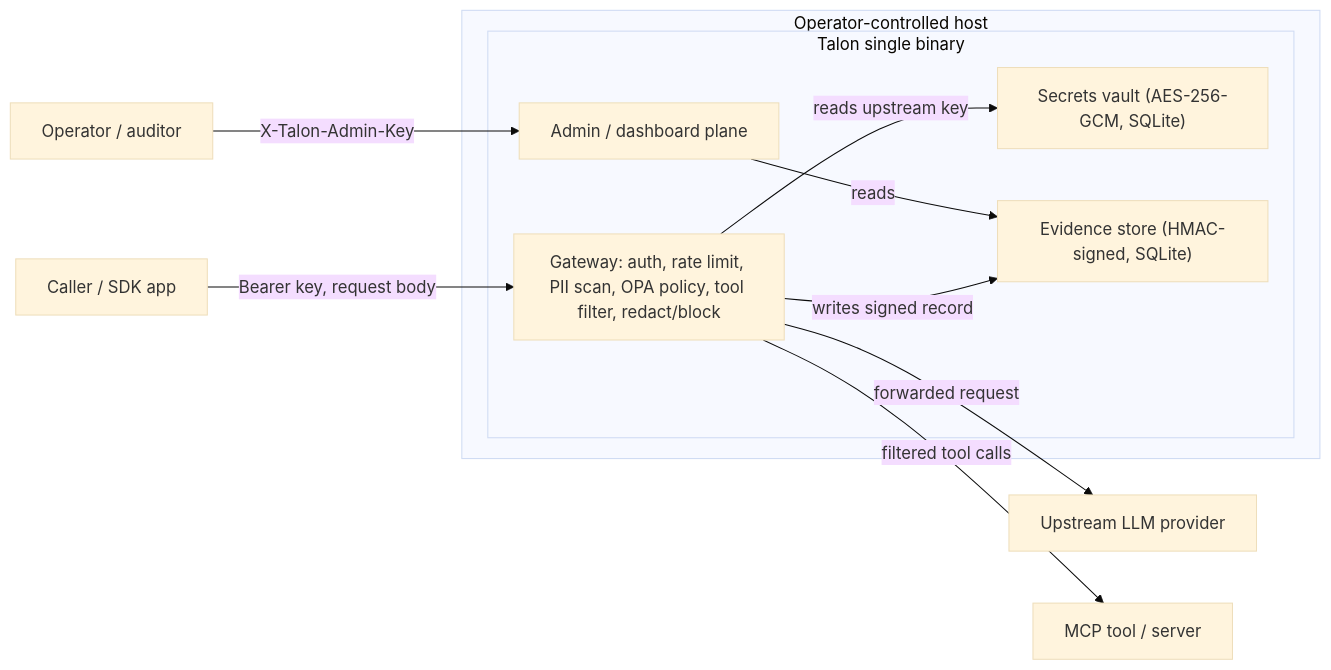
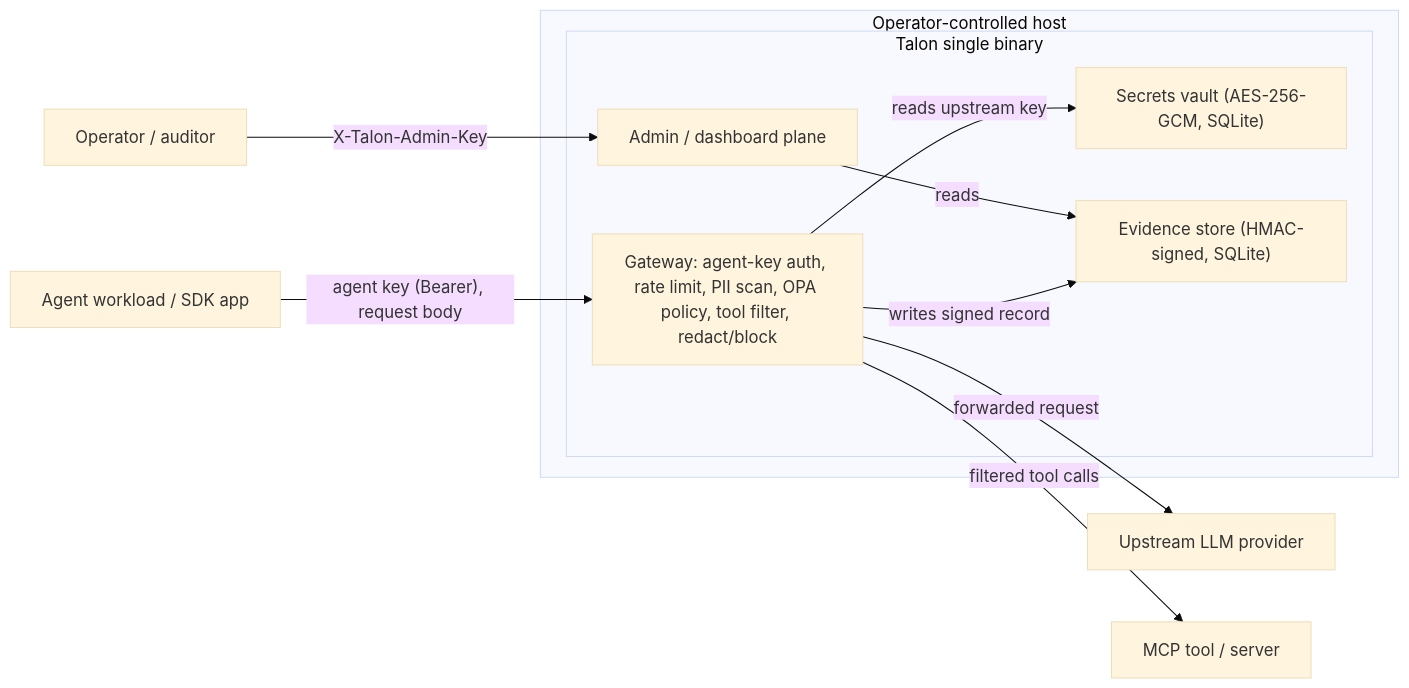
Before and after one commit to dativo-io/talon: the diagram in docs/reference/threat-model.md, drawn with Mermaid (base theme). The commit also changed other lines of this file and 276 other files, not shown here.

````diff
--- a/docs/reference/threat-model.md
+++ b/docs/reference/threat-model.md
@@ -19,25 +19,25 @@
 ```mermaid
 flowchart LR
-  caller["Caller / SDK app"]
+  workload["Agent workload / SDK app"]
 
   subgraph host [Operator-controlled host]
     subgraph talon [Talon single binary]
-      gw["Gateway: auth, rate limit, PII scan, OPA policy, tool filter, redact/block"]
+      gw["Gateway: agent-key auth, rate limit, PII scan, OPA policy, tool filter, redact/block"]
       vault["Secrets vault (AES-256-GCM, SQLite)"]
       evid["Evidence store (HMAC-signed, SQLite)"]
       admin["Admin / dashboard plane"]
     end
   end
 
   provider["Upstream LLM provider"]
   tool["MCP tool / server"]
   operator["Operator / auditor"]
 
-  caller -->|"Bearer key, request body"| gw
+  workload -->|"agent key (Bearer), request body"| gw
   gw -->|"reads upstream key"| vault
   gw -->|"forwarded request"| provider
   gw -->|"filtered tool calls"| tool
   gw -->|"writes signed record"| evid
   operator -->|"X-Talon-Admin-Key"| admin
   admin -->|"reads"| evid
 ```
````
